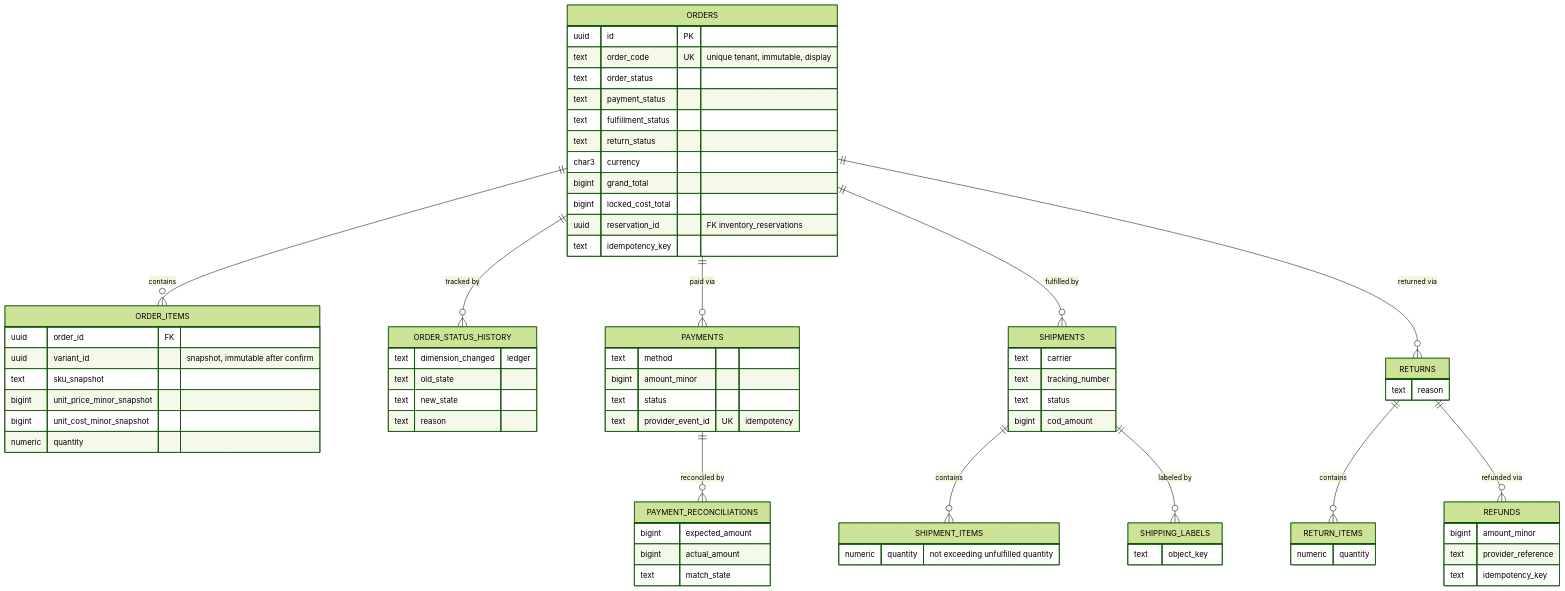
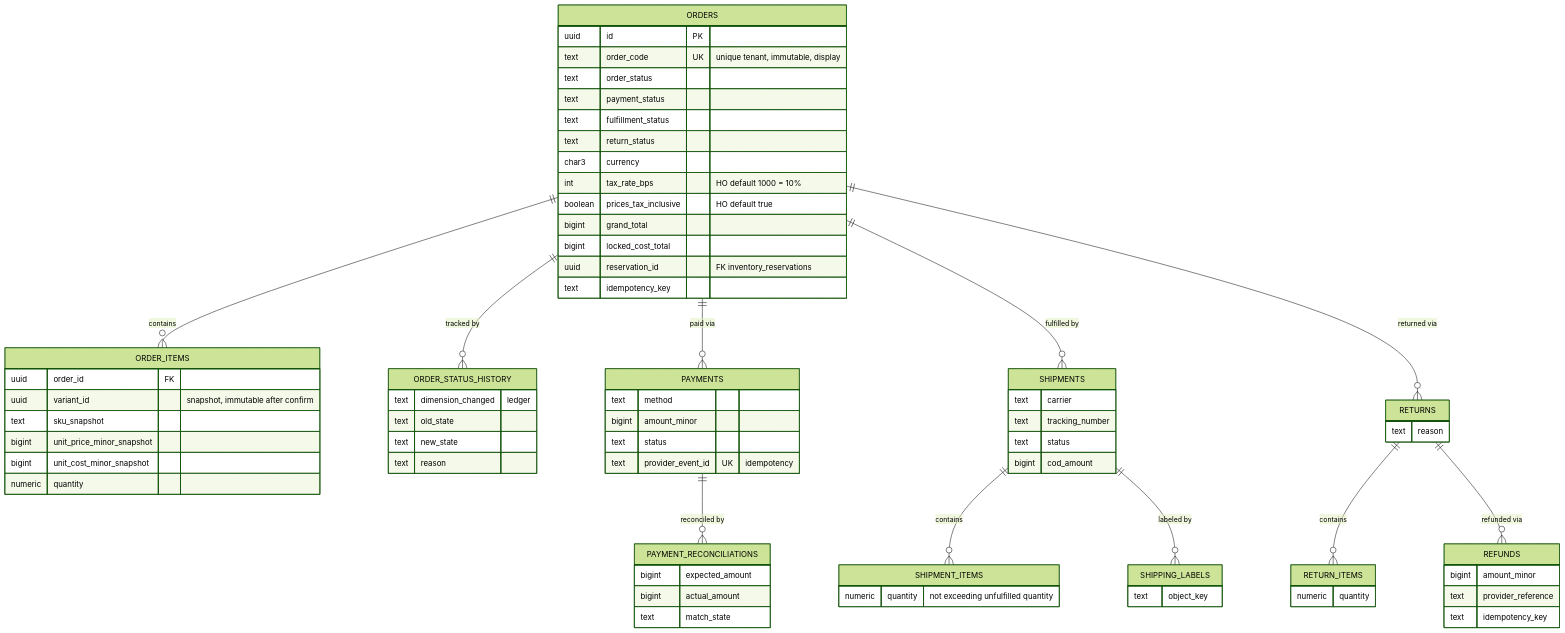
The seventh of 8 diagrams in backend/docs/data/ERD.md (LonelyTraderBay/Phan_mem_ban_hang_online), drawn with Mermaid (forest theme) before and after one commit. The commit also changed other lines of this file and 344 other files, not shown here.

````diff
--- a/backend/docs/data/ERD.md
+++ b/backend/docs/data/ERD.md
@@ -411,67 +431,69 @@
 ```mermaid
 erDiagram
   ORDERS ||--o{ ORDER_ITEMS : "contains"
   ORDERS ||--o{ ORDER_STATUS_HISTORY : "tracked by"
   ORDERS ||--o{ PAYMENTS : "paid via"
   PAYMENTS ||--o{ PAYMENT_RECONCILIATIONS : "reconciled by"
   ORDERS ||--o{ SHIPMENTS : "fulfilled by"
   SHIPMENTS ||--o{ SHIPMENT_ITEMS : "contains"
   SHIPMENTS ||--o{ SHIPPING_LABELS : "labeled by"
   ORDERS ||--o{ RETURNS : "returned via"
   RETURNS ||--o{ RETURN_ITEMS : "contains"
   RETURNS ||--o{ REFUNDS : "refunded via"
 
   ORDERS {
     uuid id PK
     text order_code UK "unique tenant, immutable, display"
     text order_status
     text payment_status
     text fulfillment_status
     text return_status
     char3 currency
+    int tax_rate_bps "HO default 1000 = 10%"
+    boolean prices_tax_inclusive "HO default true"
     bigint grand_total
     bigint locked_cost_total
     uuid reservation_id "FK inventory_reservations"
     text idempotency_key
   }
   ORDER_ITEMS {
     uuid order_id FK
     uuid variant_id "snapshot, immutable after confirm"
     text sku_snapshot
     bigint unit_price_minor_snapshot
     bigint unit_cost_minor_snapshot
     numeric quantity
   }
   ORDER_STATUS_HISTORY {
     text dimension_changed "ledger"
     text old_state
     text new_state
     text reason
   }
   PAYMENTS {
     text method
     bigint amount_minor
     text status
     text provider_event_id UK "idempotency"
   }
   PAYMENT_RECONCILIATIONS {
     bigint expected_amount
     bigint actual_amount
     text match_state
   }
   SHIPMENTS {
     text carrier
     text tracking_number
     text status
     bigint cod_amount
   }
   SHIPMENT_ITEMS { numeric quantity "not exceeding unfulfilled quantity" }
   SHIPPING_LABELS { text object_key }
   RETURNS { text reason }
   RETURN_ITEMS { numeric quantity }
   REFUNDS {
     bigint amount_minor
     text provider_reference
     text idempotency_key
   }
 ```
````
